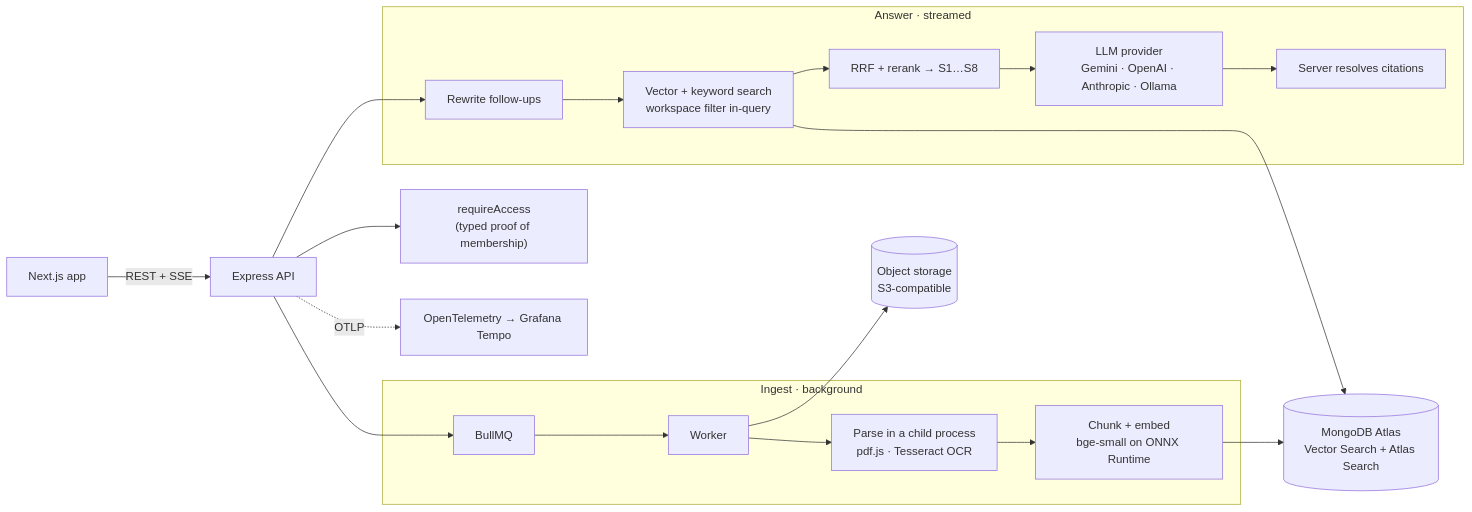
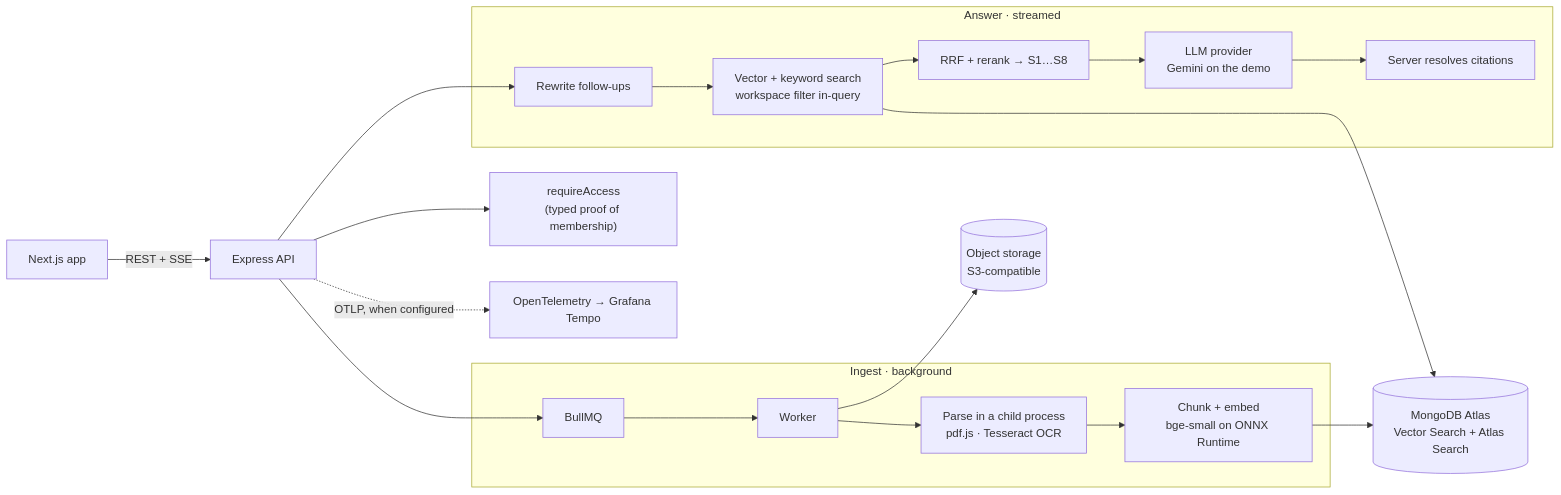
Before and after one commit to yashwanthvarma74-ai/Atlas-AI: the diagram in README.md, drawn with Mermaid. The commit also changed other lines of this file and 6 other files, not shown here.

````diff
--- a/README.md
+++ b/README.md
@@ -76,25 +76,25 @@
 ```mermaid
 flowchart LR
   Browser["Next.js app"] -->|REST + SSE| API["Express API"]
   API --> Access["requireAccess<br/>(typed proof of membership)"]
 
   subgraph Ingest["Ingest · background"]
     Queue["BullMQ"] --> Worker["Worker"]
     Worker --> Parse["Parse in a child process<br/>pdf.js · Tesseract OCR"]
     Parse --> Embed["Chunk + embed<br/>bge-small on ONNX Runtime"]
   end
 
   subgraph Answer["Answer · streamed"]
     Rewrite["Rewrite follow-ups"] --> Retrieve["Vector + keyword search<br/>workspace filter in-query"]
     Retrieve --> Rank["RRF + rerank → S1…S8"]
-    Rank --> Model["LLM provider<br/>Gemini · OpenAI · Anthropic · Ollama"]
+    Rank --> Model["LLM provider<br/>Gemini on the demo"]
     Model --> Cite["Server resolves citations"]
   end
 
   API --> Queue
   API --> Rewrite
   Embed --> Atlas[("MongoDB Atlas<br/>Vector Search + Atlas Search")]
   Retrieve --> Atlas
   Worker --> Storage[("Object storage<br/>S3-compatible")]
-  API -.->|OTLP| Traces["OpenTelemetry → Grafana Tempo"]
+  API -.->|"OTLP, when configured"| Traces["OpenTelemetry → Grafana Tempo"]
 ```
````
